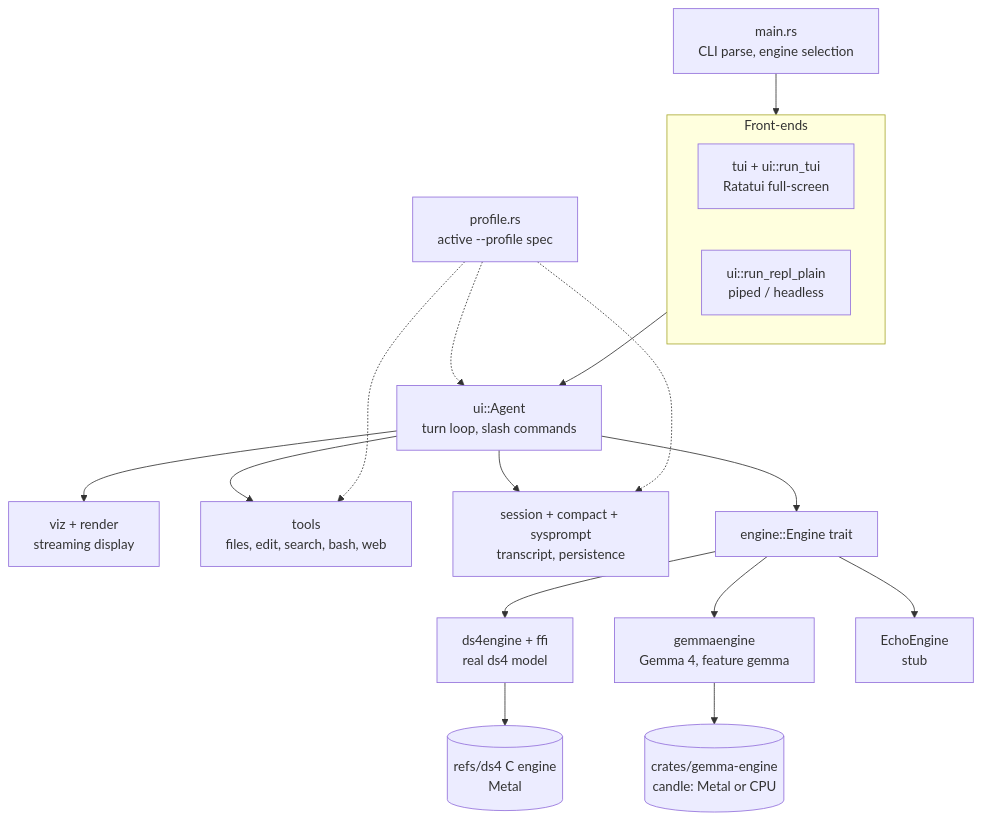
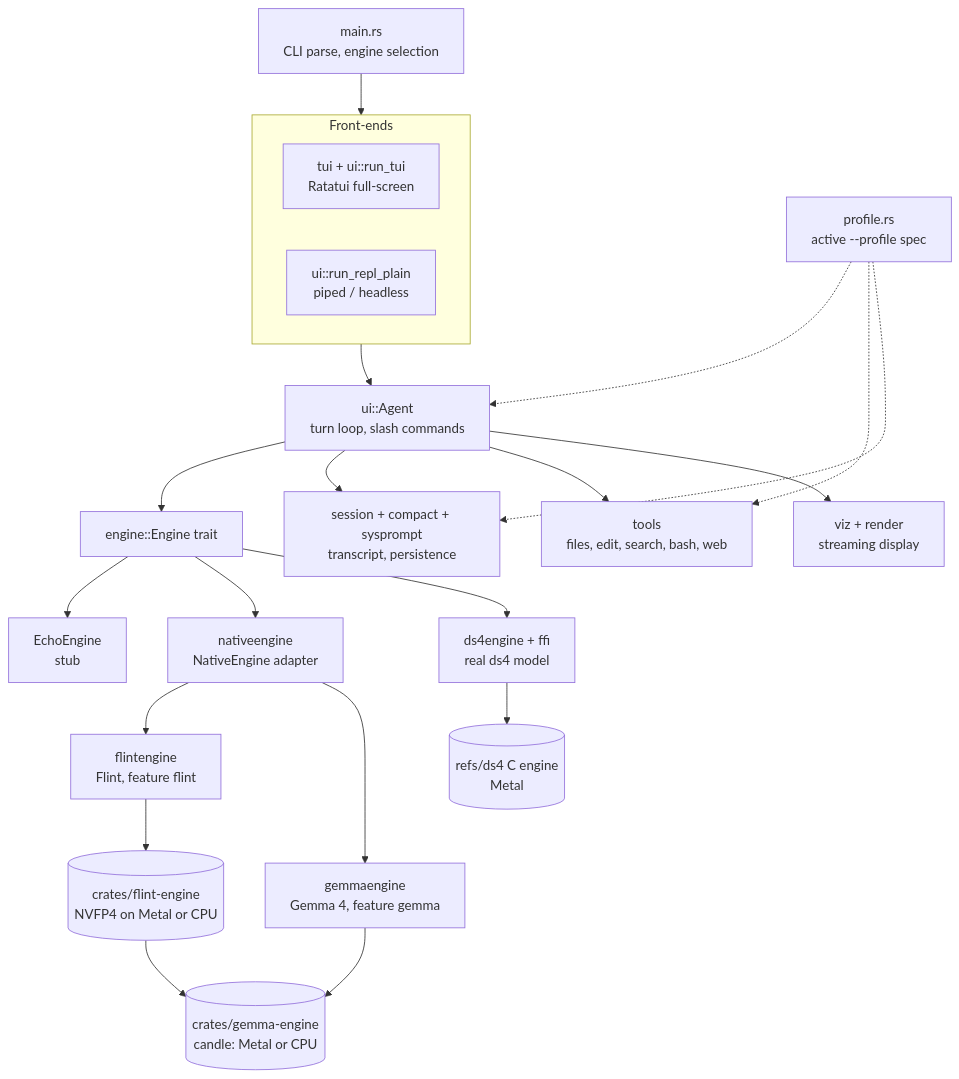
The first of 2 diagrams in docs/ARCHITECTURE.md (aovestdipaperino/plank), drawn with Mermaid before and after one commit. The commit also changed other lines of this file and 3 other files, not shown here.

````diff
--- a/docs/ARCHITECTURE.md
+++ b/docs/ARCHITECTURE.md
@@ -38,32 +38,38 @@
 ```mermaid
 flowchart TD
     main[main.rs<br/>CLI parse, engine selection]
     subgraph frontend [Front-ends]
         tui[tui + ui::run_tui<br/>Ratatui full-screen]
         plain[ui::run_repl_plain<br/>piped / headless]
     end
     agent[ui::Agent<br/>turn loop, slash commands]
     pipeline[viz + render<br/>streaming display]
     tools[tools<br/>files, edit, search, bash, web]
     session[session + compact + sysprompt<br/>transcript, persistence]
     engine[engine::Engine trait]
     ds4[ds4engine + ffi<br/>real ds4 model]
+    native[nativeengine<br/>NativeEngine adapter]
     gemma[gemmaengine<br/>Gemma 4, feature gemma]
+    flint[flintengine<br/>Flint, feature flint]
     echo[EchoEngine<br/>stub]
     profile[profile.rs<br/>active --profile spec]
 
     main --> frontend
     frontend --> agent
     agent --> pipeline
     agent --> tools
     agent --> session
     agent --> engine
     engine --> ds4
-    engine --> gemma
+    engine --> native
+    native --> gemma
+    native --> flint
     engine --> echo
     ds4 --> cengine[(refs/ds4 C engine<br/>Metal)]
     gemma --> gcrate[(crates/gemma-engine<br/>candle: Metal or CPU)]
+    flint --> fcrate[(crates/flint-engine<br/>NVFP4 on Metal or CPU)]
+    fcrate --> gcrate
     profile -.-> session
     profile -.-> tools
     profile -.-> agent
 ```
````
